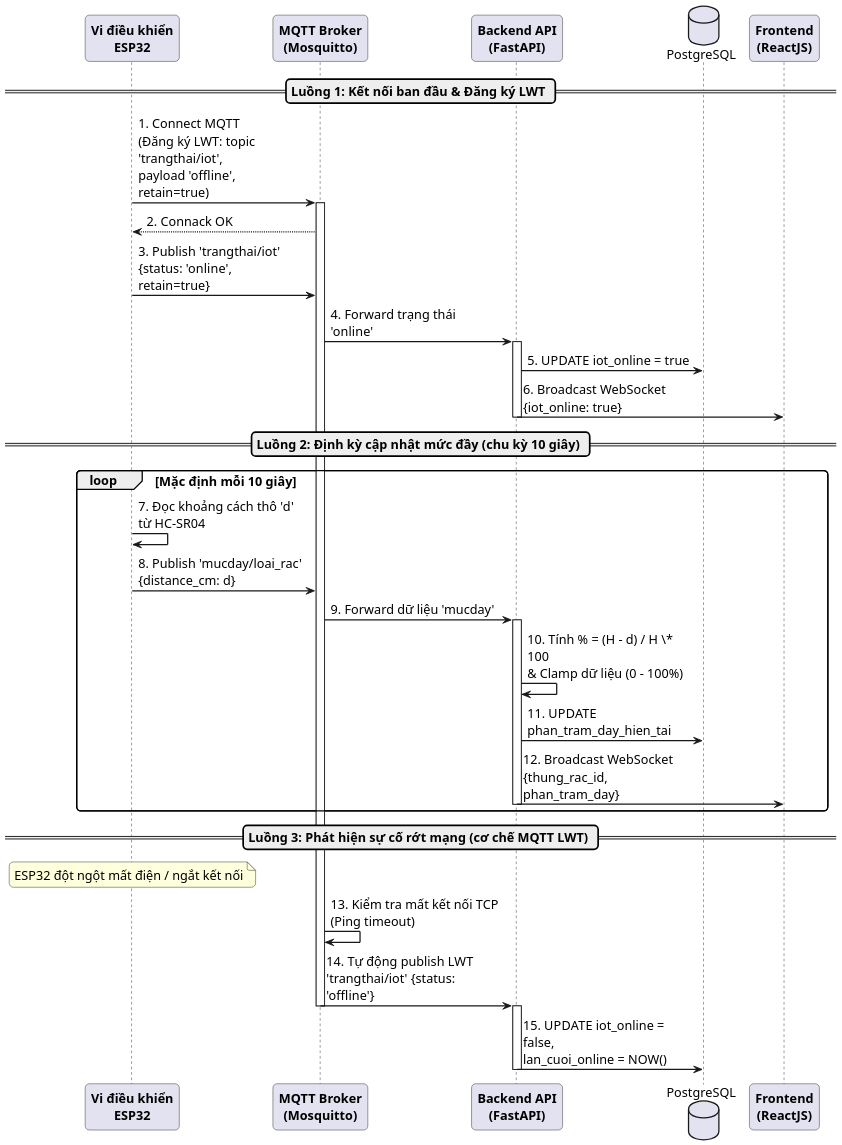
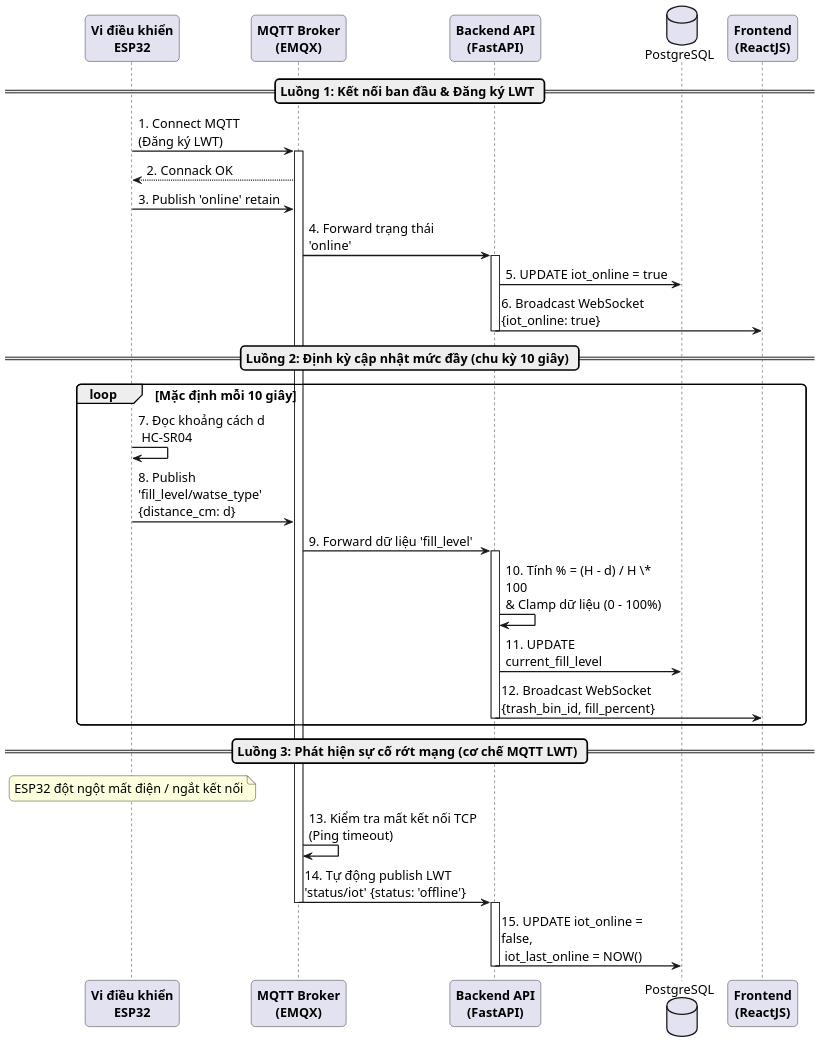
Before and after one commit to NguyenTAnh2005/Do-An-Mon-Hoc: the diagram in DOCS/SoDoKienTruc/2.5.2.md, drawn with PlantUML. The commit also changed 2 other files, not shown here.

Commit message:
docs: update diagram

```diff
--- a/DOCS/SoDoKienTruc/2.5.2.md
+++ b/DOCS/SoDoKienTruc/2.5.2.md
@@ -1,50 +1,50 @@
 @startuml
 skinparam dpi 150
 skinparam defaultFontName Arial
 skinparam defaultFontSize 15
 skinparam shadowing false
 skinparam roundcorner 10
 skinparam maxMessageSize 200
 skinparam sequenceArrowThickness 1.5
 skinparam ParticipantFontStyle bold
 skinparam TitleFontSize 20
 
 participant "Vi điều khiển\nESP32" as ESP
-participant "MQTT Broker\n(Mosquitto)" as Broker
+participant "MQTT Broker\n(EMQX)" as Broker
 participant "Backend API\n(FastAPI)" as Web
 database "PostgreSQL" as DB
 participant "Frontend\n(ReactJS)" as FE
 
 == Luồng 1: Kết nối ban đầu & Đăng ký LWT ==
-ESP -> Broker: 1. Connect MQTT\n(Đăng ký LWT: topic 'trangthai/iot',\npayload 'offline', retain=true)
+ESP -> Broker: 1. Connect MQTT\n(Đăng ký LWT)
 activate Broker
 Broker --> ESP: 2. Connack OK
-ESP -> Broker: 3. Publish 'trangthai/iot'\n{status: 'online', retain=true}
+ESP -> Broker: 3. Publish 'online' retain
 Broker -> Web: 4. Forward trạng thái 'online'
 activate Web
 Web -> DB: 5. UPDATE iot_online = true
 Web -> FE: 6. Broadcast WebSocket\n{iot_online: true}
 deactivate Web
 
 == Luồng 2: Định kỳ cập nhật mức đầy (chu kỳ 10 giây) ==
 loop Mặc định mỗi 10 giây
-ESP -> ESP: 7. Đọc khoảng cách thô 'd'\ntừ HC-SR04
-ESP -> Broker: 8. Publish 'mucday/loai_rac'\n{distance_cm: d}
-Broker -> Web: 9. Forward dữ liệu 'mucday'
+ESP -> ESP: 7. Đọc khoảng cách d \n HC-SR04
+ESP -> Broker: 8. Publish 'fill_level/watse_type'\n{distance_cm: d}
+Broker -> Web: 9. Forward dữ liệu 'fill_level'
 activate Web
 Web -> Web: 10. Tính % = (H - d) / H \* 100\n& Clamp dữ liệu (0 - 100%)
-Web -> DB: 11. UPDATE phan_tram_day_hien_tai
-Web -> FE: 12. Broadcast WebSocket\n{thung_rac_id, phan_tram_day}
+Web -> DB: 11. UPDATE current_fill_level
+Web -> FE: 12. Broadcast WebSocket\n{trash_bin_id, fill_percent}
 deactivate Web
 end
 
 == Luồng 3: Phát hiện sự cố rớt mạng (cơ chế MQTT LWT) ==
 note over ESP: ESP32 đột ngột mất điện / ngắt kết nối
 Broker -> Broker: 13. Kiểm tra mất kết nối TCP\n(Ping timeout)
-Broker -> Web: 14. Tự động publish LWT\n'trangthai/iot' {status: 'offline'}
+Broker -> Web: 14. Tự động publish LWT\n'status/iot' {status: 'offline'}
 deactivate Broker
 activate Web
-Web -> DB: 15. UPDATE iot_online = false,\nlan_cuoi_online = NOW()
+Web -> DB: 15. UPDATE iot_online = false,\n iot_last_online = NOW()
 deactivate Web
 
 @enduml
```
